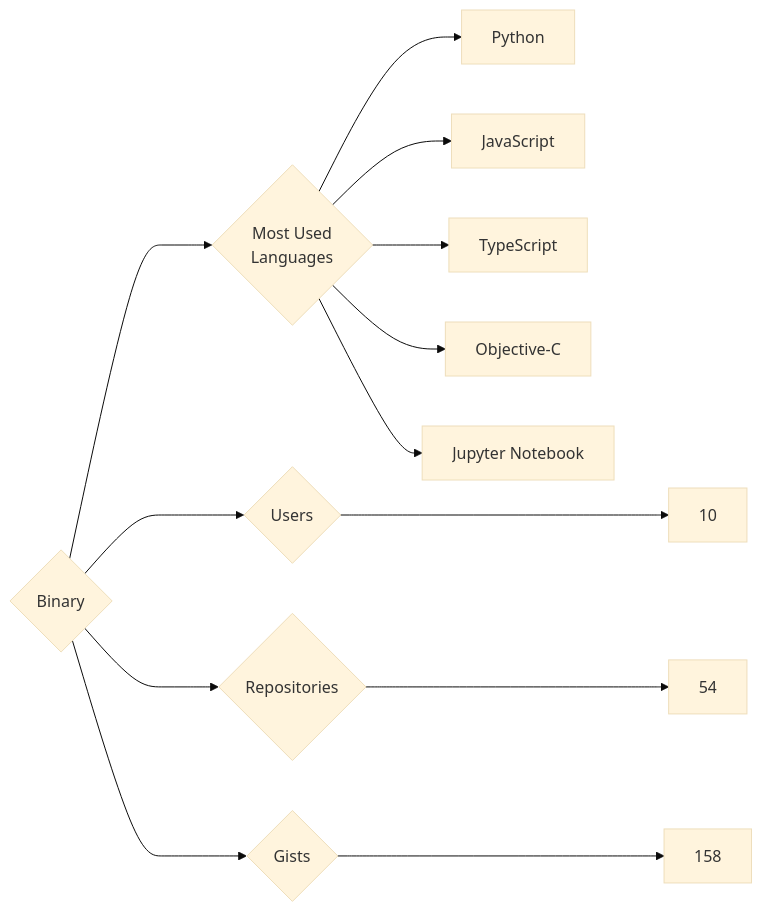
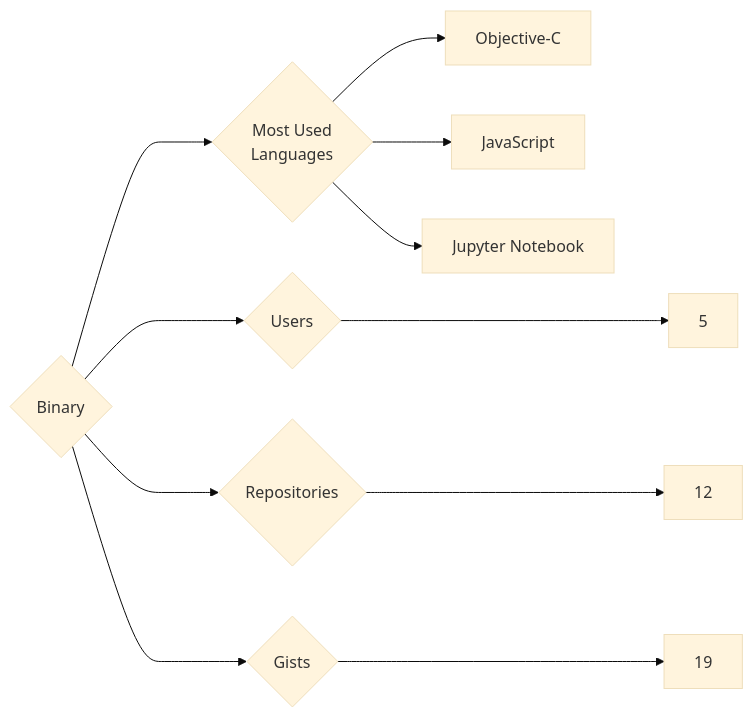
The diagram in targets/Binary/README.md (trickest/insiders), drawn with Mermaid (base theme) before and after one commit. The commit also changed 776 other files, not shown here.

````diff
--- a/targets/Binary/README.md
+++ b/targets/Binary/README.md
@@ -3,13 +3,11 @@
 ```mermaid
 graph LR
 COMPANY_NAME{Binary}
-COMPANY_NAME ---> U{Users} ---> UN[10]
-COMPANY_NAME ---> R{Repositories} ---> RN[54]
-COMPANY_NAME ---> G{Gists} ---> GN[158]
+COMPANY_NAME ---> U{Users} ---> UN[5]
+COMPANY_NAME ---> R{Repositories} ---> RN[12]
+COMPANY_NAME ---> G{Gists} ---> GN[19]
 COMPANY_NAME ---> ML{Most Used<br>Languages}
-ML --> Python[Python]
+ML --> Objective-C[Objective-C]
 ML --> JavaScript[JavaScript]
-ML --> TypeScript[TypeScript]
-ML --> Objective-C[Objective-C]
 ML --> Jupyter_Notebook[Jupyter Notebook]
 ```
````
